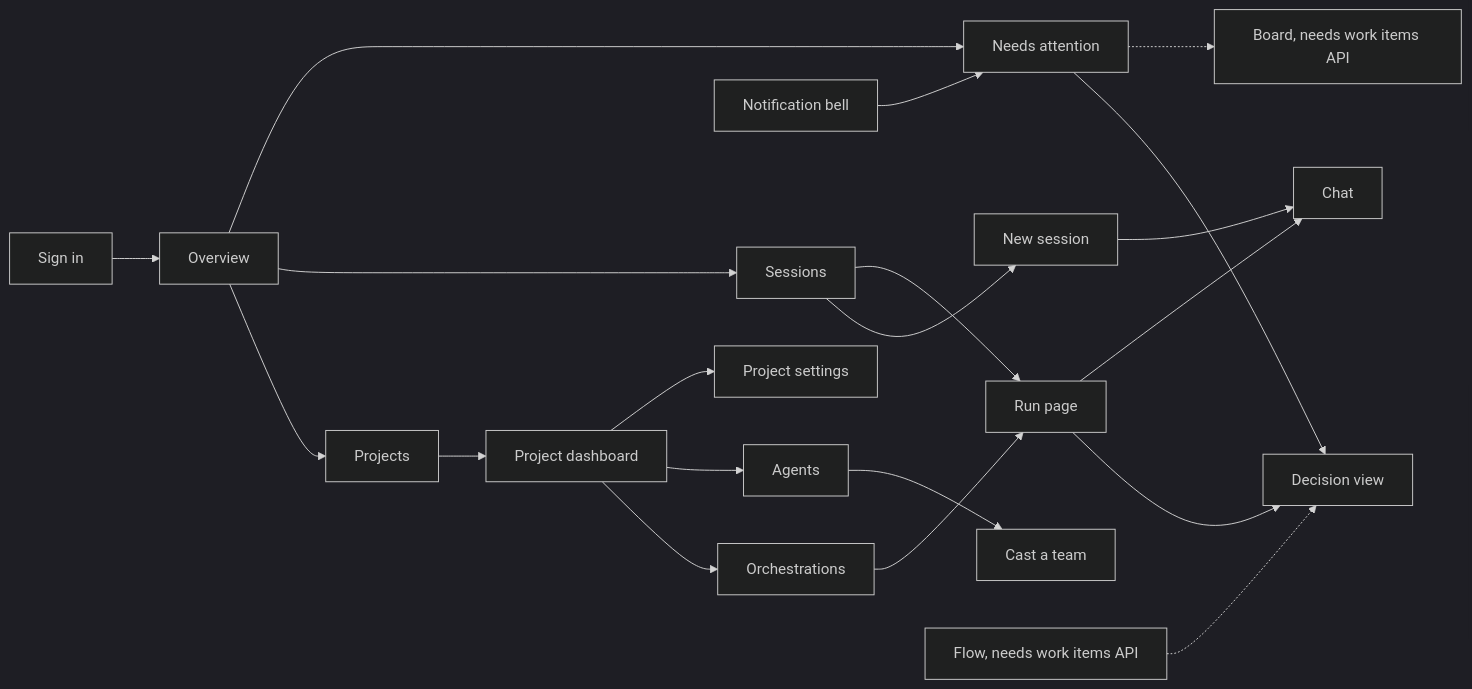
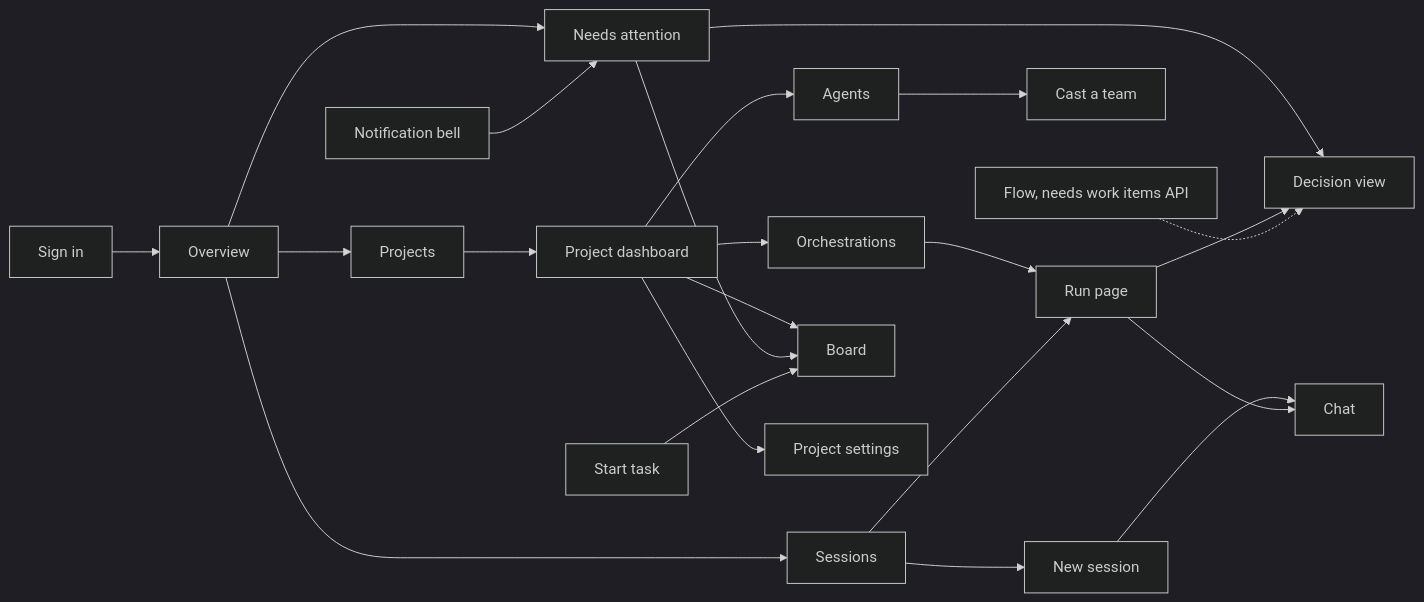
One commit to sabbour/agentweaver changed the diagram in docs/reference/web-ui-parity.md. Above: the diagram before and after it, drawn with Mermaid (dark theme). The commit also changed other lines of this file and 18 other files, not shown here.

Commit message:
feat(web): restore the project Board and Start task on v1 backlog routes

````diff
--- a/docs/reference/web-ui-parity.md
+++ b/docs/reference/web-ui-parity.md
@@ -36,22 +37,24 @@
 ```mermaid
 flowchart LR
   signin[Sign in] --> overview[Overview]
   overview --> projects[Projects]
   overview --> sessions[Sessions]
   overview --> attention[Needs attention]
   bell[Notification bell] --> attention
   sessions --> newsession[New session]
   newsession --> chat[Chat]
   projects --> dashboard[Project dashboard]
   dashboard --> orch[Orchestrations]
   dashboard --> agents[Agents]
   agents --> cast[Cast a team]
   orch --> run[Run page]
   sessions --> run
   attention --> decision[Decision view]
-  attention -.-> board[Board, needs work items API]
+  dashboard --> board[Board]
+  attention --> board
+  starttask[Start task] --> board
   run --> decision
   run --> chat
   flow[Flow, needs work items API] -.-> decision
   dashboard --> settings[Project settings]
 ```
````
